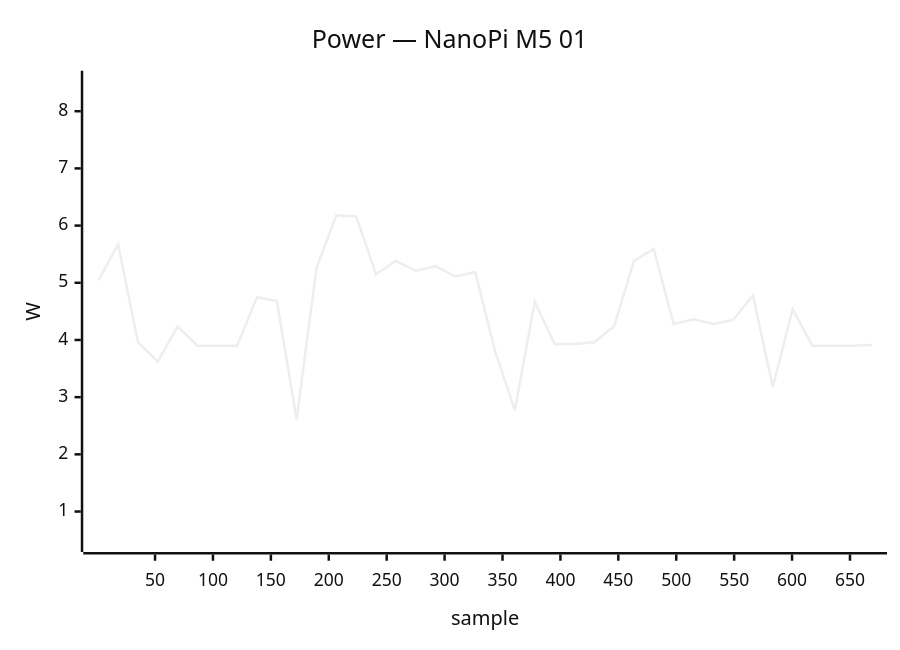
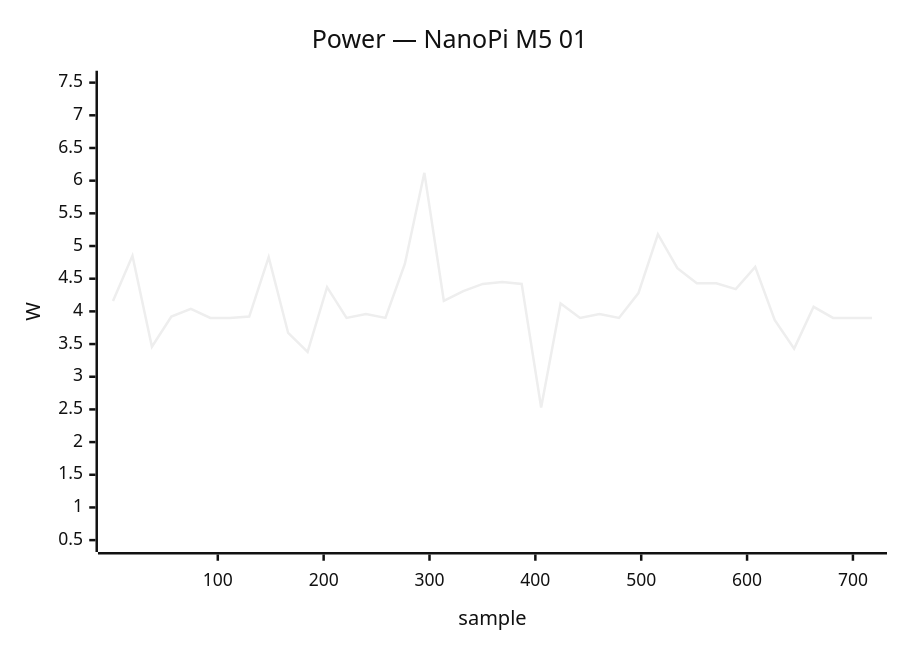
The eighth of 24 diagrams in docs/status/board-tests.md (armbian/documentation), drawn with Mermaid (neutral theme) before and after one commit. The commit also changed other lines of this file, not shown here.

````diff
--- a/docs/status/board-tests.md
+++ b/docs/status/board-tests.md
@@ -512,7 +497,7 @@
     ```mermaid
     xychart-beta
         title "Power — NanoPi M5 01"
-        x-axis "sample" 1 --> 669
-        y-axis "W" 0.5 --> 8.5
-        line [5.04, 5.67, 3.96, 3.62, 4.24, 3.90, 3.90, 3.90, 4.75, 4.68, 2.61, 5.26, 6.18, 6.16, 5.15, 5.38, 5.21, 5.29, 5.11, 5.19, 3.81, 2.77, 4.67, 3.93, 3.93, 3.96, 4.24, 5.38, 5.59, 4.28, 4.36, 4.28, 4.35, 4.78, 3.18, 4.54, 3.90, 3.90, 3.90, 3.91]
+        x-axis "sample" 1 --> 718
+        y-axis "W" 0.5 --> 7.5
+        line [4.16, 4.85, 3.46, 3.92, 4.04, 3.90, 3.90, 3.92, 4.83, 3.67, 3.38, 4.37, 3.90, 3.96, 3.90, 4.73, 6.12, 4.16, 4.31, 4.42, 4.45, 4.42, 2.53, 4.12, 3.90, 3.96, 3.90, 4.28, 5.18, 4.66, 4.43, 4.43, 4.34, 4.68, 3.87, 3.43, 4.07, 3.90, 3.90, 3.90]
     ```
````
